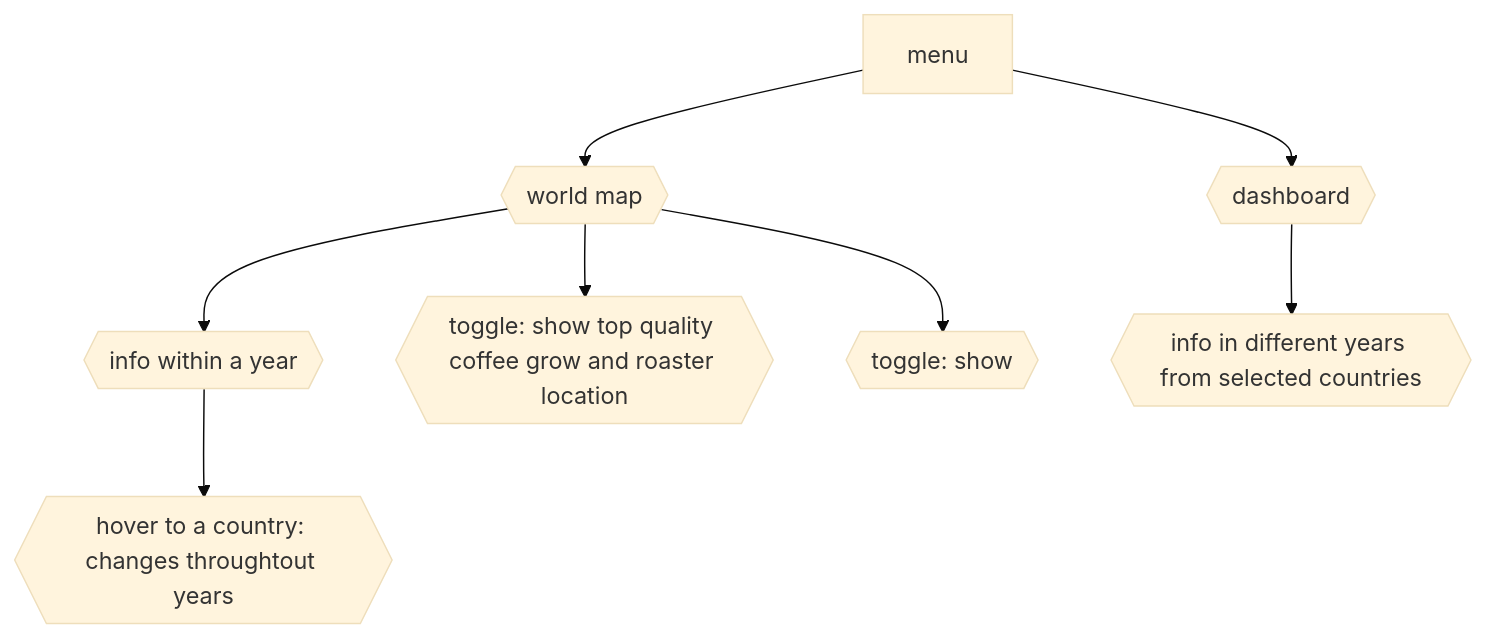
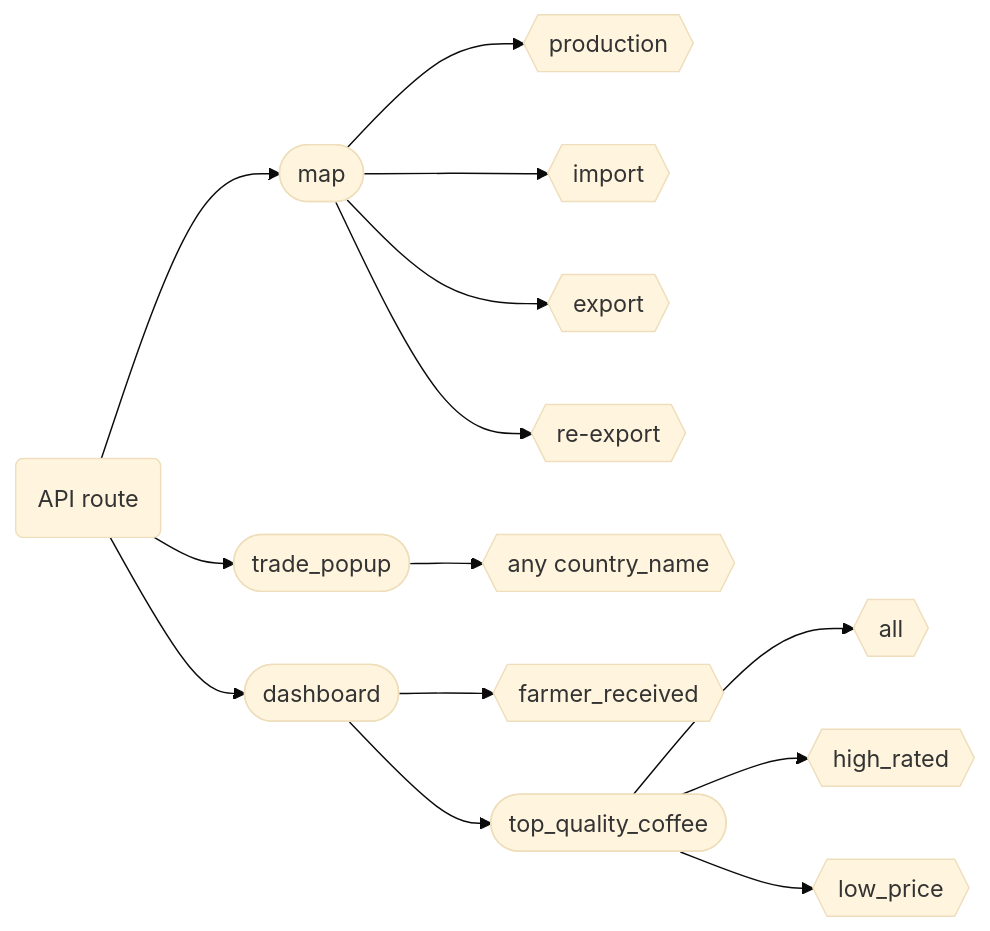
One commit to wingylui/Coffee_Trading changed the second of 2 diagrams in README.md. Above: the diagram before and after it, drawn with Mermaid (base theme). The commit also changed other lines of this file and 3 other files, not shown here.

````diff
--- a/README.md
+++ b/README.md
@@ -23,7 +58,13 @@
 ```mermaid
-flowchart TB
-menu --> id1{{world map}} --> sub1{{info within a year}} --> sub2{{hover to a country: changes throughtout years}}
-id1{{world map}} --> sub3{{toggle: show top quality coffee grow and roaster location}}
-id1{{world map}} --> sub5{{toggle: show }}
-menu --> id2{{dashboard}} --> sub4{{info in different years from selected countries}}
+flowchart LR
+    main(API route) --> b1([map]) --> p1{{production}}
+    b1([map]) --> p2{{import}}
+    b1([map]) --> p3{{export}}
+    b1([map]) --> p4{{re-export}}
+    main(API route) --> b2([trade_popup]) --> p6{{ any country_name}}
+    main(API route) --> b3([dashboard]) --> p7{{farmer_received}}
+    b3([dashboard]) --> s1([top_quality_coffee])    
+    s1([top_quality_coffee]) --> p8{{all}} 
+    s1([top_quality_coffee]) --> p9{{high_rated}}
+    s1([top_quality_coffee]) --> p10{{low_price}}
 ```
````
